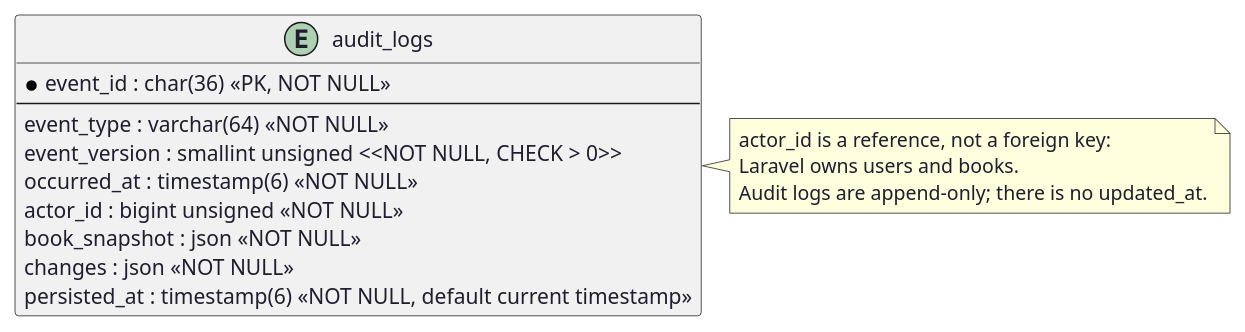
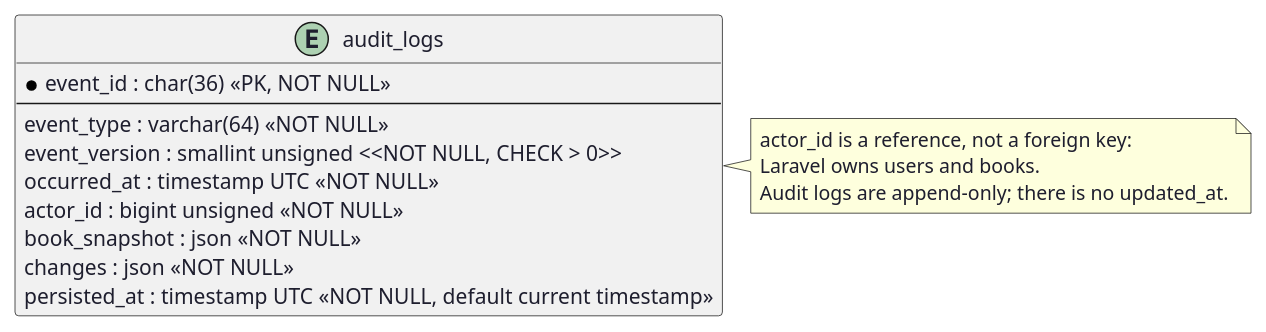
The fourth of 4 diagrams in ARCHITECTURE.md (gdpe-franco/book-management-system), drawn with PlantUML before and after one commit. The commit also changed other lines of this file and 14 other files, not shown here.

````diff
--- a/ARCHITECTURE.md
+++ b/ARCHITECTURE.md
@@ -130,29 +130,29 @@
 ```plantuml
 @startuml AuditDatabase
 !pragma layout smetana
 skinparam backgroundColor #FFFFFF
 skinparam shadowing false
 skinparam defaultFontColor #1E1E2E
 skinparam entity {
   BorderColor #45475A
   FontColor #FFFFFF
   BackgroundColor #6B7280
 }
 entity audit_logs {
   * event_id : char(36) <<PK, NOT NULL>>
   --
   event_type : varchar(64) <<NOT NULL>>
   event_version : smallint unsigned <<NOT NULL, CHECK > 0>>
-  occurred_at : timestamp(6) <<NOT NULL>>
+  occurred_at : timestamp UTC <<NOT NULL>>
   actor_id : bigint unsigned <<NOT NULL>>
   book_snapshot : json <<NOT NULL>>
   changes : json <<NOT NULL>>
-  persisted_at : timestamp(6) <<NOT NULL, default current timestamp>>
+  persisted_at : timestamp UTC <<NOT NULL, default current timestamp>>
 }
 note right of audit_logs
   actor_id is a reference, not a foreign key:
   Laravel owns users and books.
   Audit logs are append-only; there is no updated_at.
 end note
 @enduml
 ```
````
